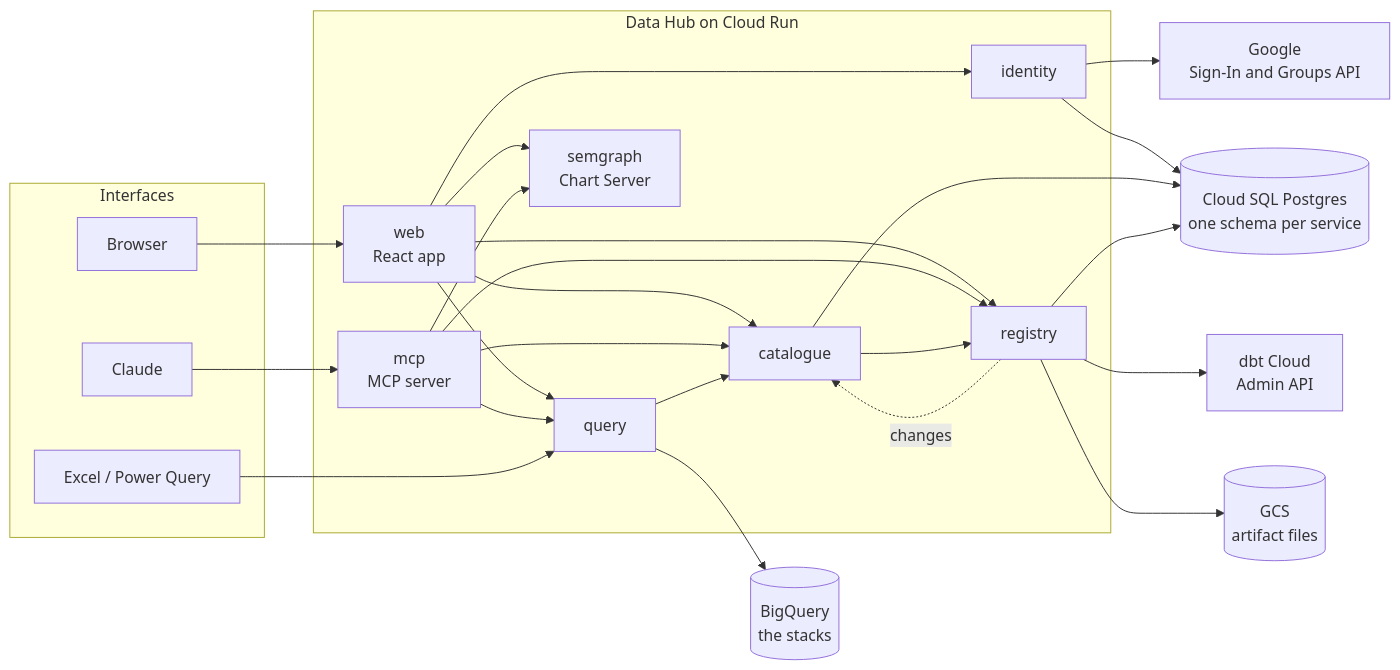
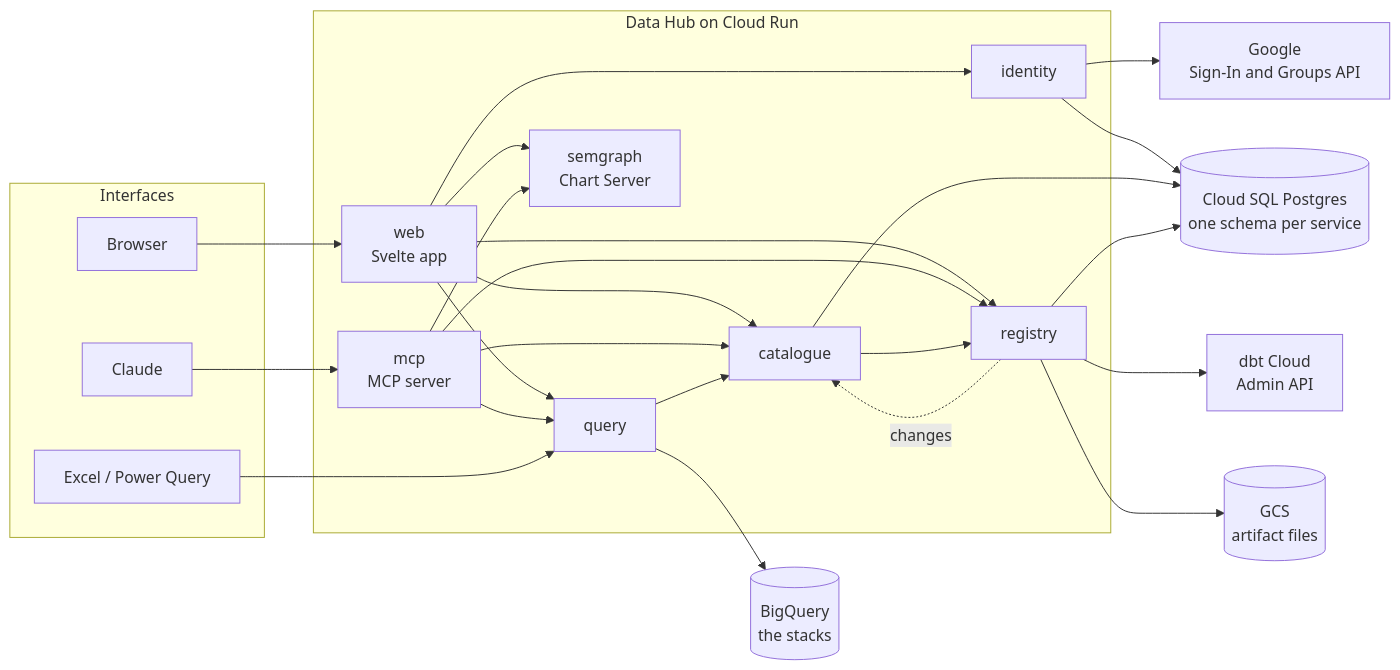
Before and after one commit to immoscoop-be/immoscoop-dataplatform-datahub: the first of 2 diagrams in docs/architecture/README.md, drawn with Mermaid. The commit also changed other lines of this file and 111 other files, not shown here.

First line of the commit message:
The web app rebuilt in Svelte: part 1, the frame

````diff
--- a/docs/architecture/README.md
+++ b/docs/architecture/README.md
@@ -24,37 +24,37 @@
 ```mermaid
 flowchart LR
   subgraph clients[Interfaces]
     browser["Browser"]
     claude["Claude"]
     excel["Excel / Power Query"]
   end
 
   subgraph datahub["Data Hub on Cloud Run"]
-    web["web<br/>React app"]
+    web["web<br/>Svelte app"]
     mcp["mcp<br/>MCP server"]
     identity["identity"]
     catalogue["catalogue"]
     registry["registry"]
     query["query"]
     semgraph["semgraph<br/>Chart Server"]
   end
 
   google["Google<br/>Sign-In and Groups API"]
   dbt["dbt Cloud<br/>Admin API"]
   gcs[("GCS<br/>artifact files")]
   sql[("Cloud SQL Postgres<br/>one schema per service")]
   bq[("BigQuery<br/>the stacks")]
 
   browser --> web
   web --> identity & catalogue & registry & query & semgraph
   claude --> mcp
   mcp --> catalogue & registry & query & semgraph
   excel --> query
   catalogue --> registry
   query --> catalogue
   registry -. changes .-> catalogue
   identity --> google
   registry --> dbt & gcs
   query --> bq
   identity & catalogue & registry --> sql
 ```
````
